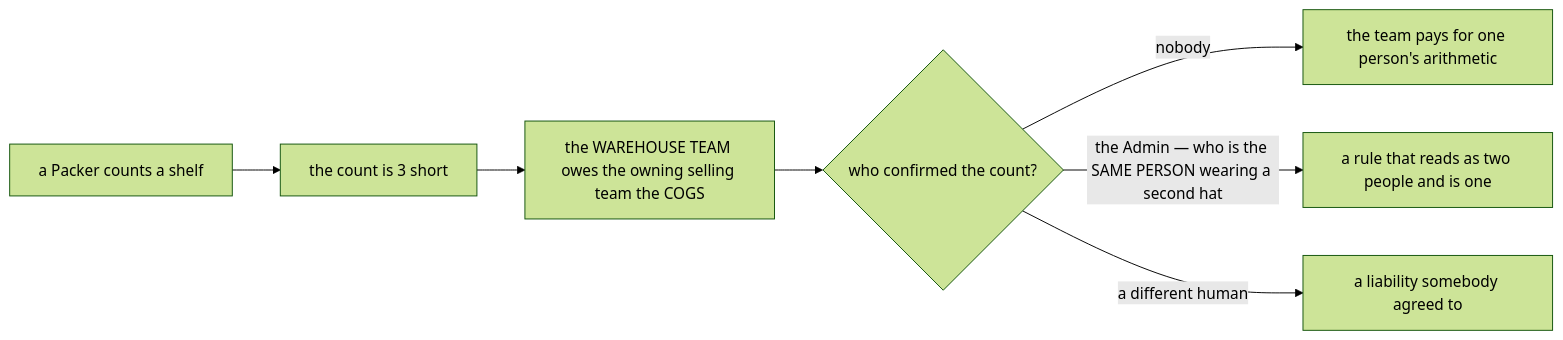
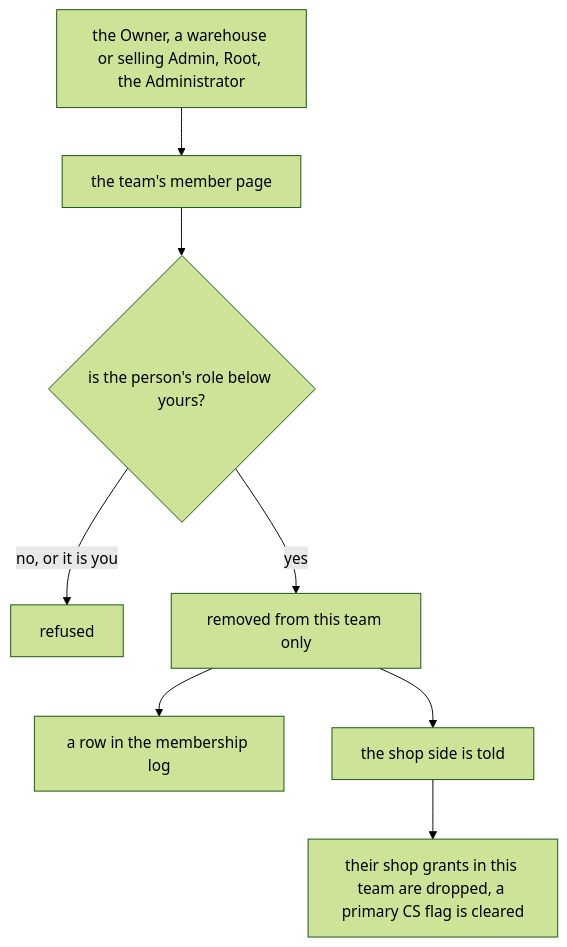
Before and after one commit to pdcgo/warehouse_revamp: the second of 9 diagrams in docs/business/user/context_clarify.md, drawn with Mermaid (forest theme). The commit also changed other lines of this file and 9 other files, not shown here.

````diff
--- a/docs/business/user/context_clarify.md
+++ b/docs/business/user/context_clarify.md
@@ -82,9 +137,10 @@
 ```mermaid
-flowchart LR
-  P["a Packer counts a shelf"] --> S["the count is 3 short"]
-  S --> L["the WAREHOUSE TEAM owes the owning selling team the COGS"]
-  L --> Q{"who confirmed the count?"}
-  Q -->|"nobody"| R["the team pays for one person's arithmetic"]
-  Q -->|"the Admin — who is the SAME PERSON wearing a second hat"| R2["a rule that reads as two people and is one"]
-  Q -->|"a different human"| G["a liability somebody agreed to"]
+flowchart TD
+  W["the Owner, a warehouse or selling Admin, Root, the Administrator"] --> P["the team's member page"]
+  P --> R{"is the person's role below yours?"}
+  R -->|"no, or it is you"| X["refused"]
+  R -->|"yes"| D["removed from this team only"]
+  D --> LOG["a row in the membership log"]
+  D --> EV["the shop side is told"]
+  EV --> G["their shop grants in this team are dropped, a primary CS flag is cleared"]
 ```
````
